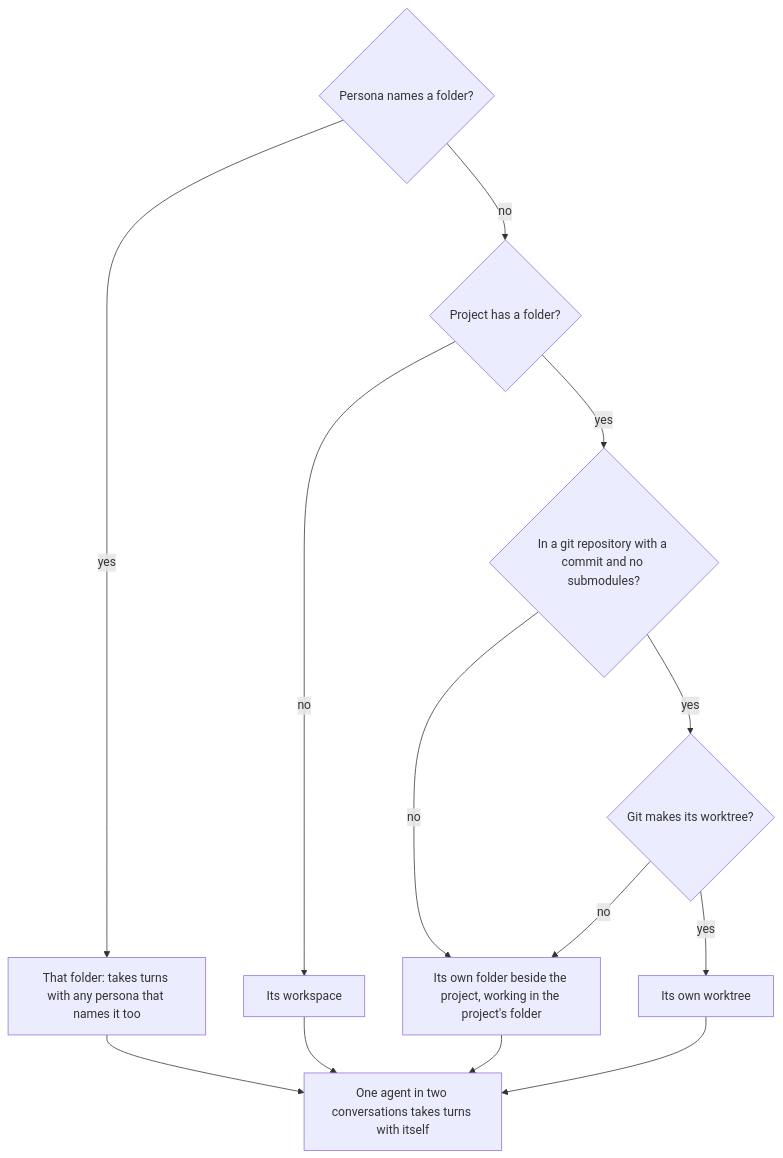
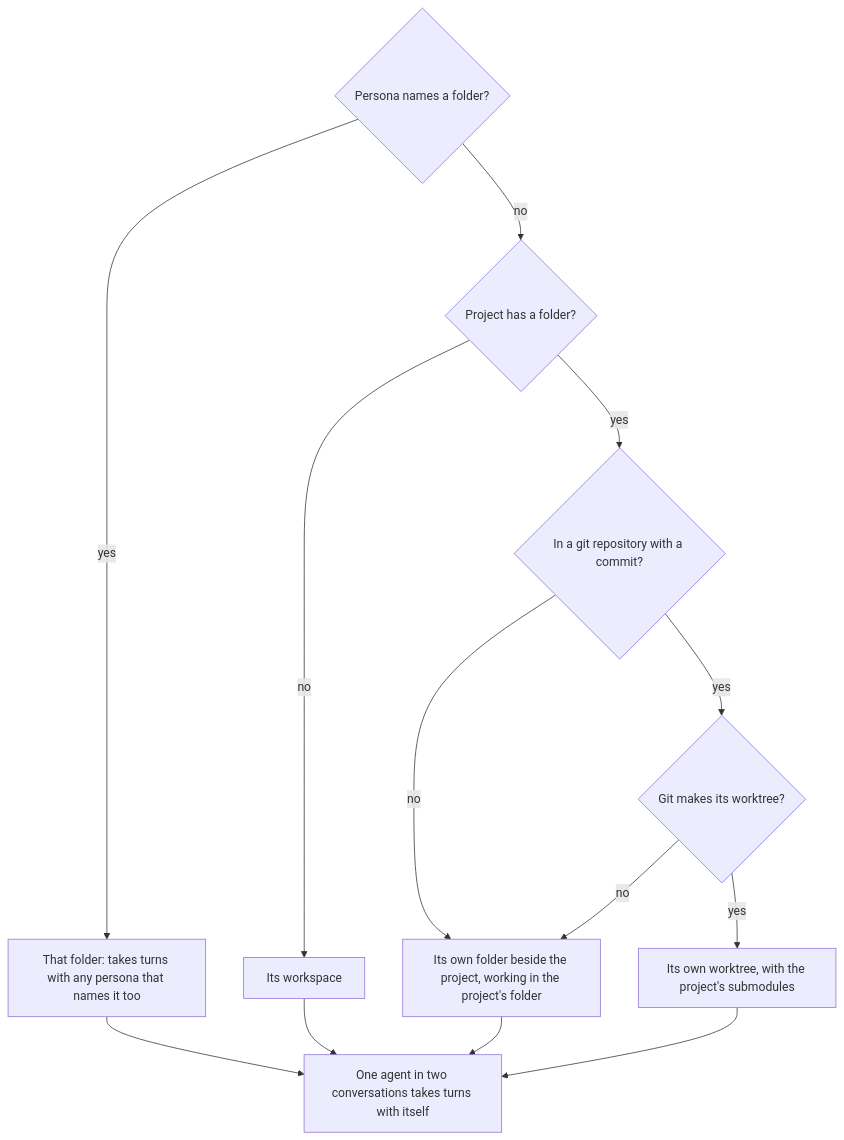
One commit to HJeon139/postbox changed the diagram in designs/backends.md. Above: the diagram before and after it, drawn with Mermaid. The commit also changed other lines of this file and 4 other files, not shown here.

````diff
--- a/designs/backends.md
+++ b/designs/backends.md
@@ -52,12 +52,12 @@
 ```mermaid
 flowchart TD
   A{Persona names a folder?} -- yes --> P[That folder: takes turns with any persona that names it too]
   A -- no --> B{Project has a folder?}
   B -- no --> W[Its workspace]
-  B -- yes --> C{In a git repository with a commit and no submodules?}
+  B -- yes --> C{In a git repository with a commit?}
   C -- no --> O[Its own folder beside the project, working in the project's folder]
   C -- yes --> D{Git makes its worktree?}
-  D -- yes --> T[Its own worktree]
+  D -- yes --> T[Its own worktree, with the project's submodules]
   D -- no --> O
   P & W & O & T --> S[One agent in two conversations takes turns with itself]
 ```
````
